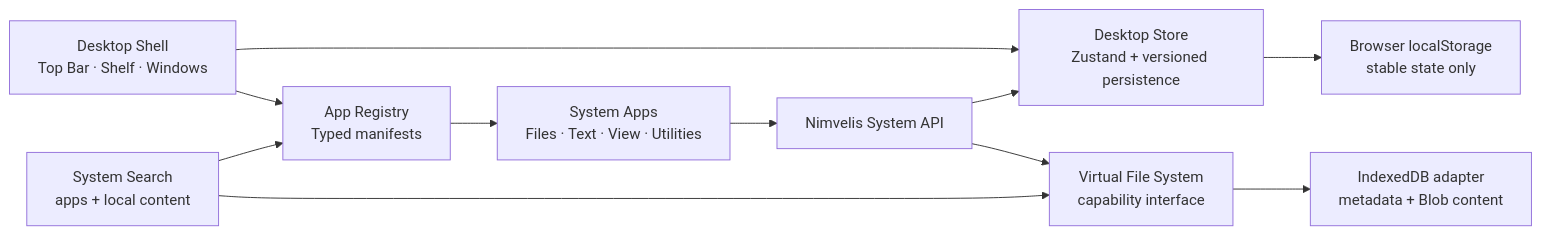
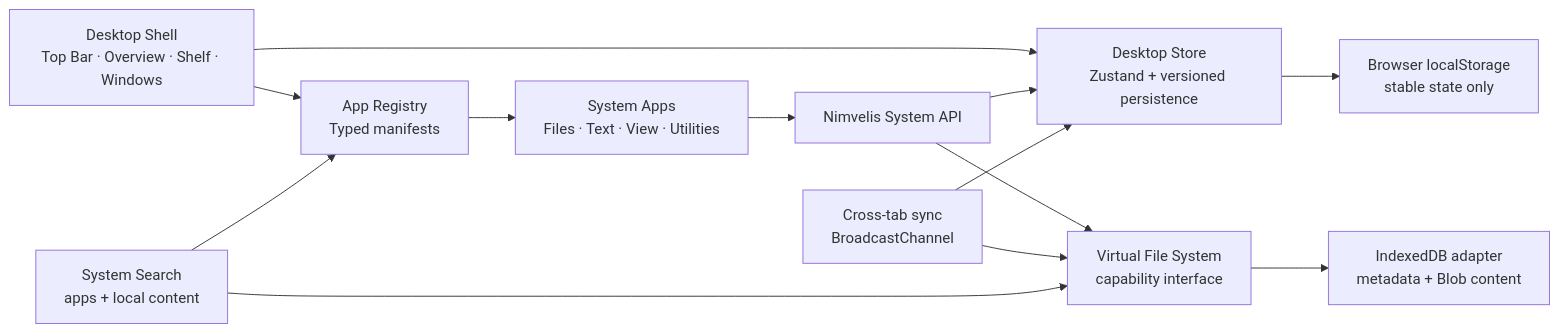
One commit to chatgptuk/nimvelis changed the diagram in docs/architecture.md. Above: the diagram before and after it, drawn with Mermaid. The commit also changed other lines of this file and 34 other files, not shown here.

````diff
--- a/docs/architecture.md
+++ b/docs/architecture.md
@@ -8,13 +8,15 @@
 ```mermaid
 flowchart LR
-  Shell["Desktop Shell\nTop Bar · Shelf · Windows"] --> Store["Desktop Store\nZustand + versioned persistence"]
+  Shell["Desktop Shell\nTop Bar · Overview · Shelf · Windows"] --> Store["Desktop Store\nZustand + versioned persistence"]
   Shell --> Registry["App Registry\nTyped manifests"]
   Registry --> Apps["System Apps\nFiles · Text · View · Utilities"]
   Apps --> API["Nimvelis System API"]
   API --> Store
   Store --> Persistence["Browser localStorage\nstable state only"]
   API --> VFS["Virtual File System\ncapability interface"]
   VFS --> IndexedDB["IndexedDB adapter\nmetadata + Blob content"]
+  Sync["Cross-tab sync\nBroadcastChannel"] --> Store
+  Sync --> VFS
   Search["System Search\napps + local content"] --> Registry
   Search --> VFS
 ```
````
